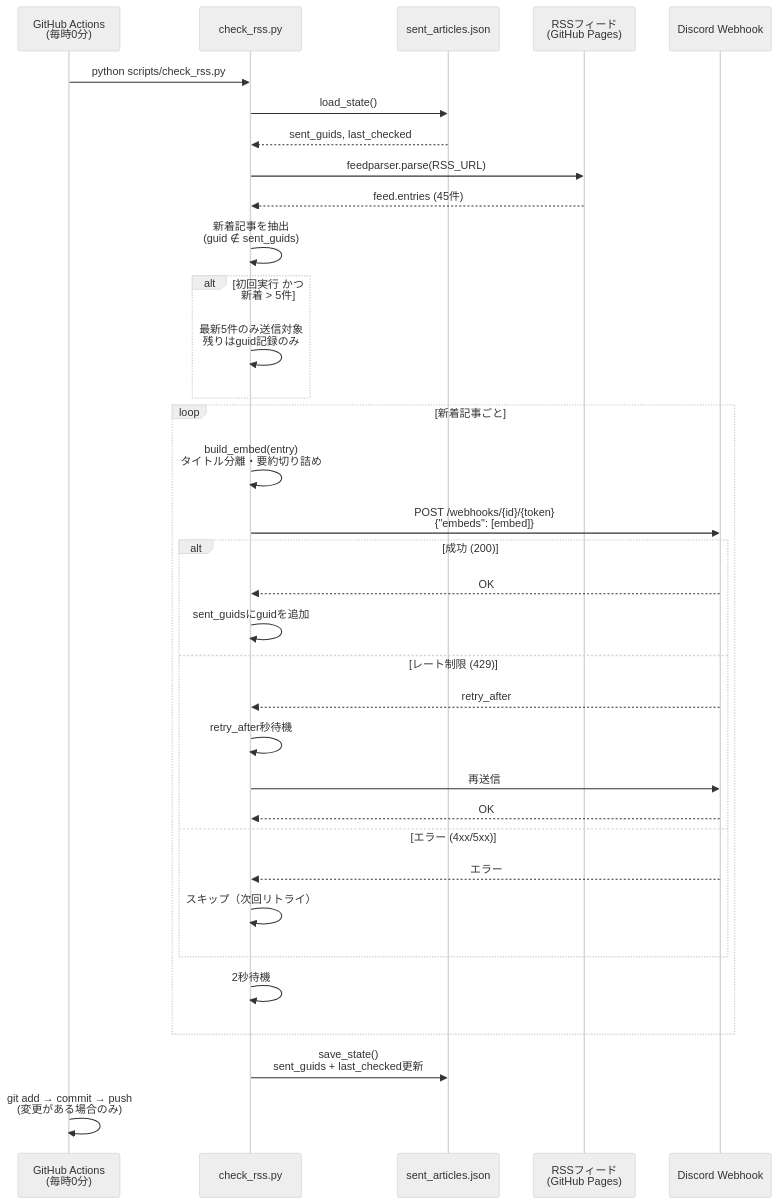
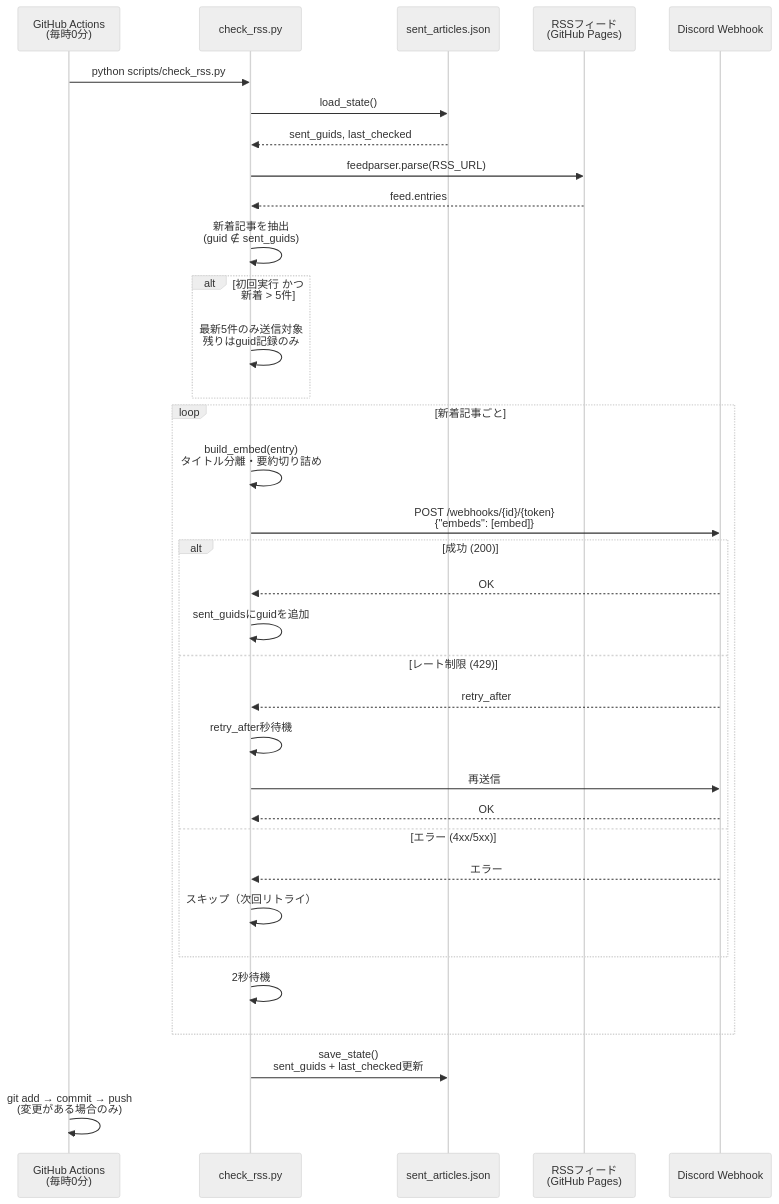
One commit to Y-Kanekoo/rss-to-discord changed the third of 3 diagrams in README.md. Above: the diagram before and after it, drawn with Mermaid (neutral theme). The commit also changed other lines of this file, not shown here.

````diff
--- a/README.md
+++ b/README.md
@@ -108,44 +166,44 @@
 ```mermaid
 sequenceDiagram
     participant Cron as GitHub Actions<br/>(毎時0分)
     participant Script as check_rss.py
     participant JSON as sent_articles.json
     participant RSS as RSSフィード<br/>(GitHub Pages)
     participant Discord as Discord Webhook
 
     Cron->>Script: python scripts/check_rss.py
 
     Script->>JSON: load_state()
     JSON-->>Script: sent_guids, last_checked
 
     Script->>RSS: feedparser.parse(RSS_URL)
-    RSS-->>Script: feed.entries (45件)
+    RSS-->>Script: feed.entries
 
     Script->>Script: 新着記事を抽出<br/>(guid ∉ sent_guids)
 
     alt 初回実行 かつ 新着 > 5件
         Script->>Script: 最新5件のみ送信対象<br/>残りはguid記録のみ
     end
 
     loop 新着記事ごと
         Script->>Script: build_embed(entry)<br/>タイトル分離・要約切り詰め
         Script->>Discord: POST /webhooks/{id}/{token}<br/>{"embeds": [embed]}
         alt 成功 (200)
             Discord-->>Script: OK
             Script->>Script: sent_guidsにguidを追加
         else レート制限 (429)
             Discord-->>Script: retry_after
             Script->>Script: retry_after秒待機
             Script->>Discord: 再送信
             Discord-->>Script: OK
         else エラー (4xx/5xx)
             Discord-->>Script: エラー
             Script->>Script: スキップ（次回リトライ）
         end
         Script->>Script: 2秒待機
     end
 
     Script->>JSON: save_state()<br/>sent_guids + last_checked更新
 
     Cron->>Cron: git add → commit → push<br/>(変更がある場合のみ)
 ```
````
